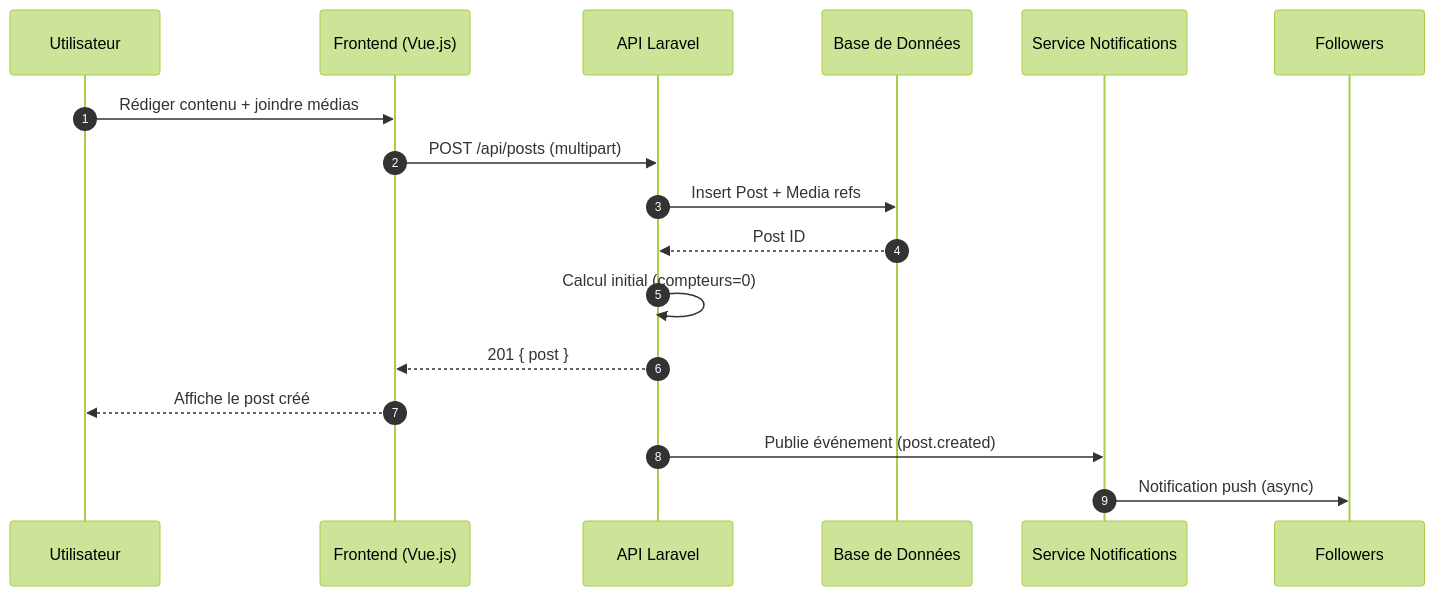
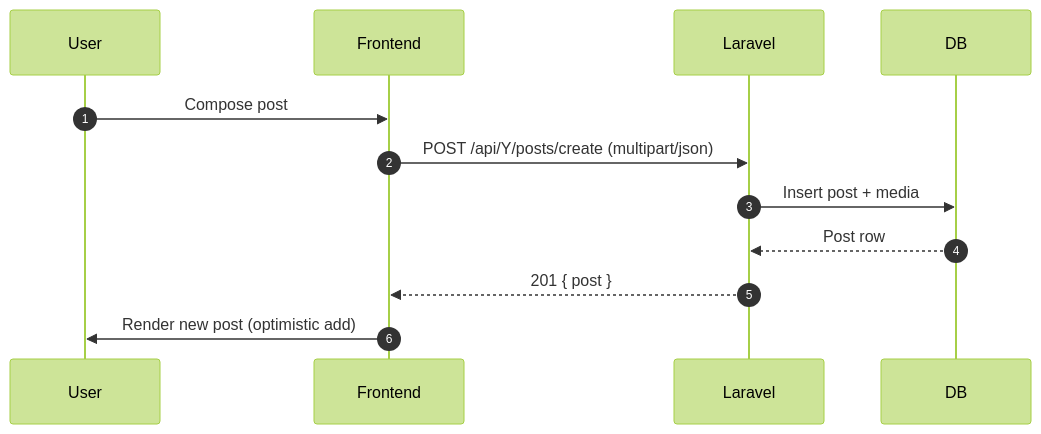
Before and after one commit to NeuralMobi-ltd/FanRadarUser: the diagram in diagrams/sequence_post_creation.mermaid, drawn with Mermaid (forest theme). The commit also changed 85 other files, not shown here.

```diff
--- a/diagrams/sequence_post_creation.mermaid
+++ b/diagrams/sequence_post_creation.mermaid
@@ -1,18 +1,12 @@
-%% Sequence Diagram: Post Creation Flow
 sequenceDiagram
   autonumber
-  participant U as Utilisateur
-  participant FE as Frontend (Vue.js)
-  participant API as API Laravel
-  participant DB as Base de Données
-  participant NTF as Service Notifications
-
-  U->>FE: Rédiger contenu + joindre médias
-  FE->>API: POST /api/posts (multipart)
-  API->>DB: Insert Post + Media refs
-  DB-->>API: Post ID
-  API->>API: Calcul initial (compteurs=0)
+  participant U as User
+  participant FE as Frontend
+  participant API as Laravel
+  participant DB as DB
+  U->>FE: Compose post
+  FE->>API: POST /api/Y/posts/create (multipart/json)
+  API->>DB: Insert post + media
+  DB-->>API: Post row
   API-->>FE: 201 { post }
-  FE-->>U: Affiche le post créé
-  API->>NTF: Publie événement (post.created)
-  NTF->>Followers: Notification push (async)
+  FE->>U: Render new post (optimistic add)
```
